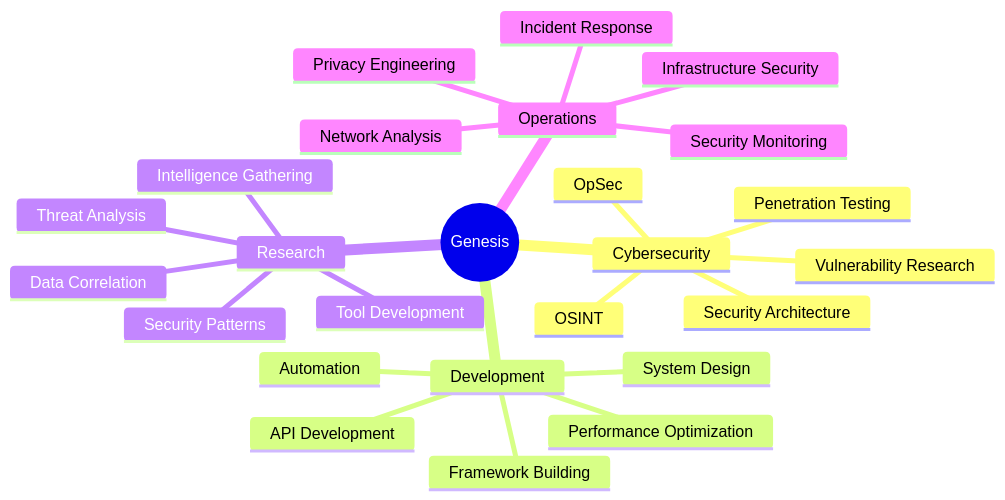
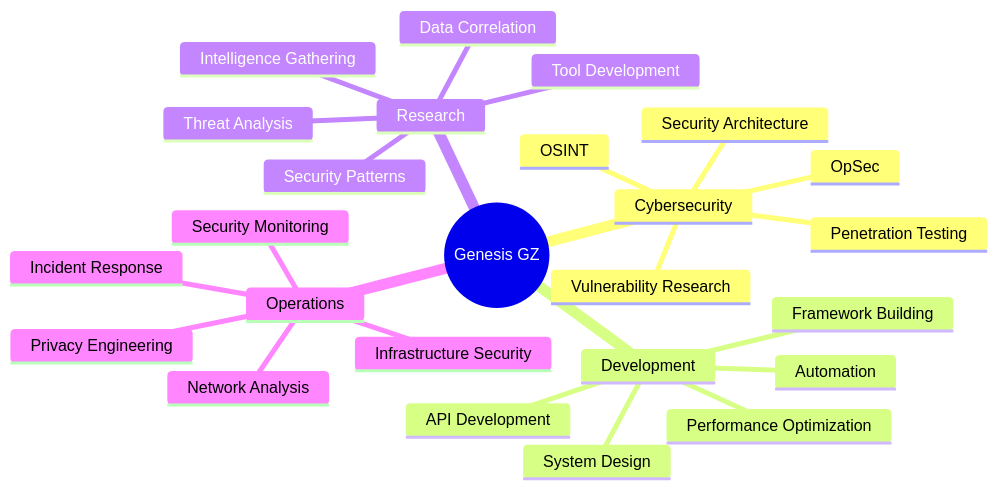
The diagram in README.md (genesisgzdev/genesisgzdev), drawn with Mermaid before and after one commit. The commit also changed other lines of this file, not shown here.

````diff
--- a/README.md
+++ b/README.md
@@ -187,28 +187,28 @@
 ```mermaid
 mindmap
-  root((Genesis))
+  root((Genesis GZ))
     Cybersecurity
       OSINT
       Penetration Testing
       Security Architecture
       Vulnerability Research
       OpSec
     Development
       System Design
       API Development
       Automation
       Framework Building
       Performance Optimization
     Research
       Intelligence Gathering
       Data Correlation
       Threat Analysis
       Tool Development
       Security Patterns
     Operations
       Infrastructure Security
       Network Analysis
       Incident Response
       Security Monitoring
       Privacy Engineering
 ```
````
